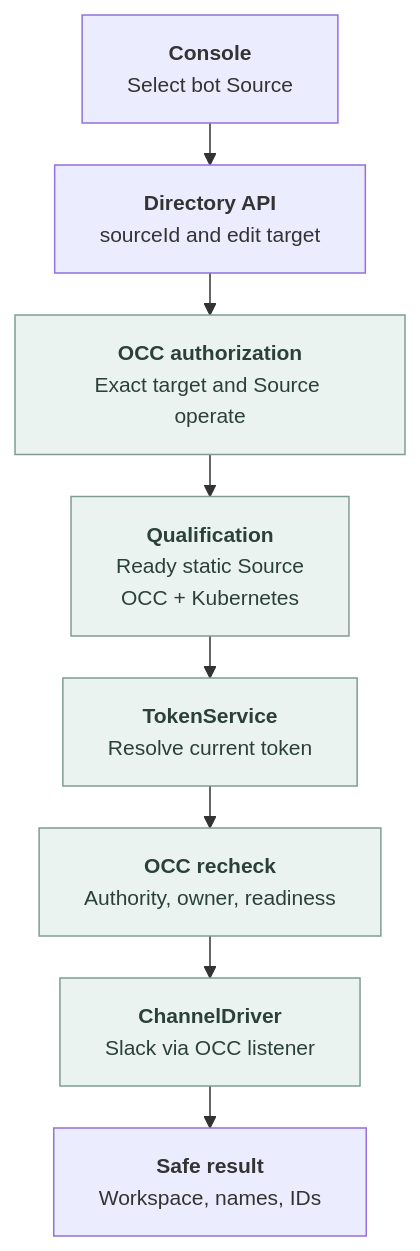
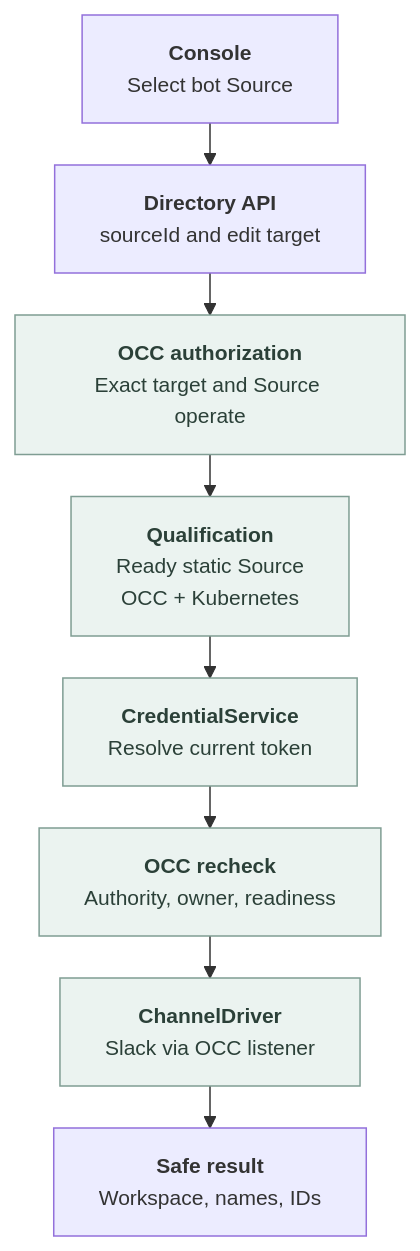
The diagram in docs/flows/agent-channel-directory.md (openclaw/openclaw-enterprise), drawn with Mermaid before and after one commit. The commit also changed other lines of this file and 418 other files, not shown here.

Commit message:
Rename credential custody owner to CredentialService

````diff
--- a/docs/flows/agent-channel-directory.md
+++ b/docs/flows/agent-channel-directory.md
@@ -30,13 +30,13 @@
 ```mermaid
 graph TD
   %%{init: {"themeVariables":{"fontSize":"14px"},"flowchart":{"htmlLabels":true,"nodeSpacing":24,"rankSpacing":28}}}%%
   UI["<b>Console</b><br/>Select bot Source"] --> A["<b>Directory API</b><br/>sourceId and edit target"]
   A --> B["<b>OCC authorization</b><br/>Exact target and Source operate"]
   B --> C["<b>Qualification</b><br/>Ready static Source<br/>OCC + Kubernetes"]
-  C --> D["<b>TokenService</b><br/>Resolve current token"]
+  C --> D["<b>CredentialService</b><br/>Resolve current token"]
   D --> E["<b>OCC recheck</b><br/>Authority, owner, readiness"]
   E --> F["<b>ChannelDriver</b><br/>Slack via OCC listener"]
   F --> G["<b>Safe result</b><br/>Workspace, names, IDs"]
   classDef operation fill:#EBF3F0,stroke:#7F9D93,color:#2B4038,stroke-width:1px
   class B,C,D,E,F operation
 ```
````
